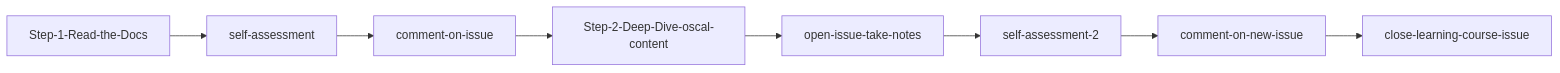
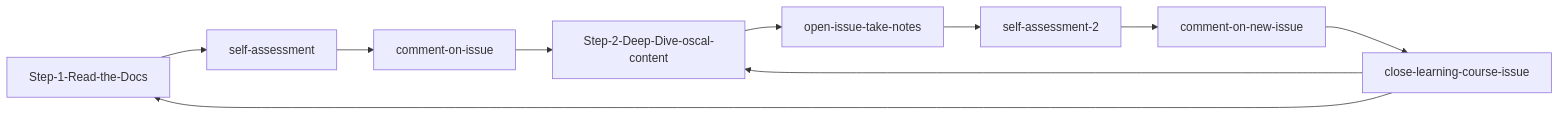
One commit to hbraswelrh/creme-brulee changed the diagram in docs/issue-help.md. Above: the diagram before and after it, drawn with Mermaid.

Commit message:
fix: update content

````diff
--- a/docs/issue-help.md
+++ b/docs/issue-help.md
@@ -24,6 +24,9 @@
 ```mermaid
 flowchart LR
 Step-1-Read-the-Docs --> self-assessment  --> comment-on-issue 
 comment-on-issue --> Step-2-Deep-Dive-oscal-content --> open-issue-take-notes
 open-issue-take-notes --> self-assessment-2 --> comment-on-new-issue --> close-learning-course-issue
+close-learning-course-issue --> Step-1-Read-the-Docs
+close-learning-course-issue --> Step-2-Deep-Dive-oscal-content
+
 ```
````
